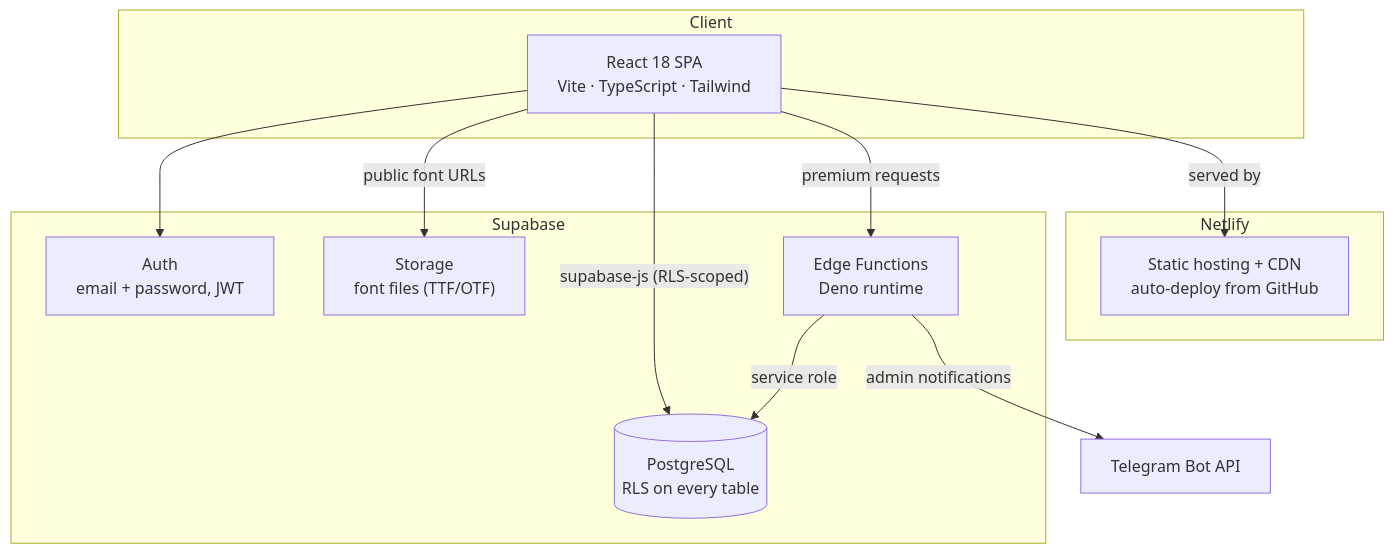
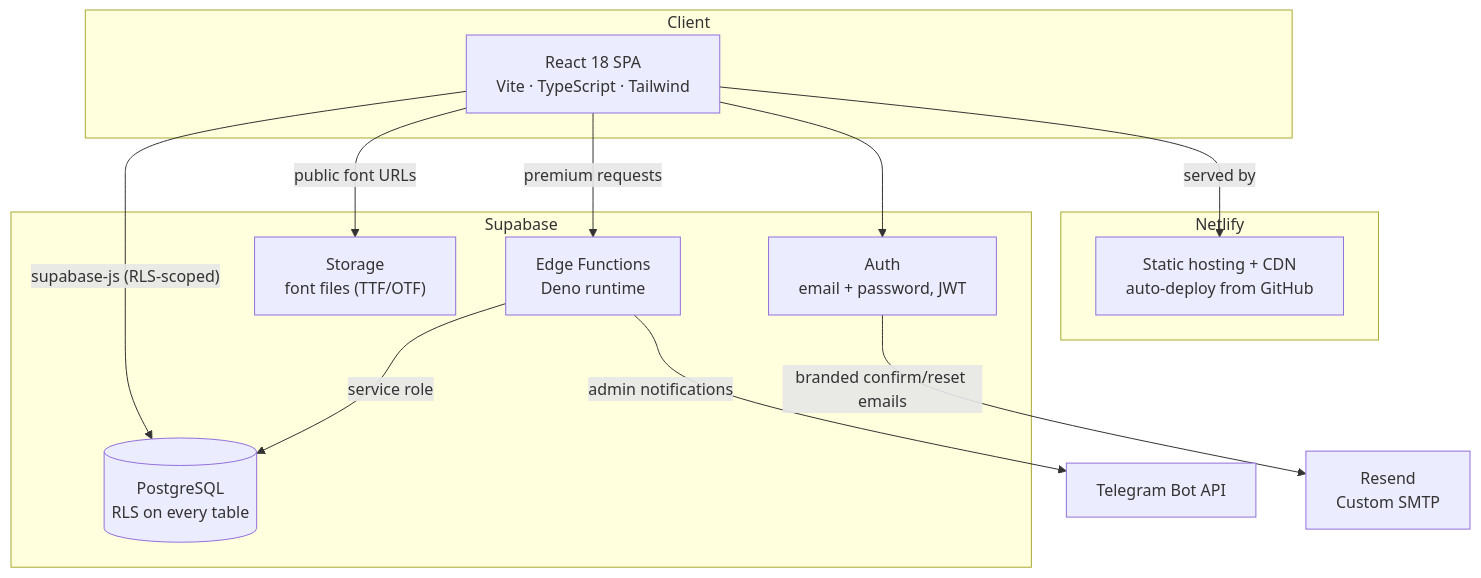
One commit to yordanhristovUX/schrift.digital changed the diagram in README.md. Above: the diagram before and after it, drawn with Mermaid. The commit also changed other lines of this file and 9 other files, not shown here.

First line of the commit message:
Add branded auth emails, fix duplicate-signup UX, align color picker buttons

````diff
--- a/README.md
+++ b/README.md
@@ -53,27 +55,29 @@
 ```mermaid
 graph TB
     subgraph Client
         SPA["React 18 SPA<br/>Vite · TypeScript · Tailwind"]
     end
 
     subgraph Netlify
         CDN["Static hosting + CDN<br/>auto-deploy from GitHub"]
     end
 
     subgraph Supabase
         AUTH["Auth<br/>email + password, JWT"]
         PG[("PostgreSQL<br/>RLS on every table")]
         STORAGE["Storage<br/>font files (TTF/OTF)"]
         EDGE["Edge Functions<br/>Deno runtime"]
     end
 
     TG["Telegram Bot API"]
+    RESEND["Resend<br/>Custom SMTP"]
 
     SPA -->|served by| CDN
     SPA -->|"supabase-js (RLS-scoped)"| PG
     SPA --> AUTH
     SPA -->|public font URLs| STORAGE
     SPA -->|premium requests| EDGE
     EDGE -->|service role| PG
     EDGE -->|admin notifications| TG
+    AUTH -->|branded confirm/reset emails| RESEND
 ```
````
